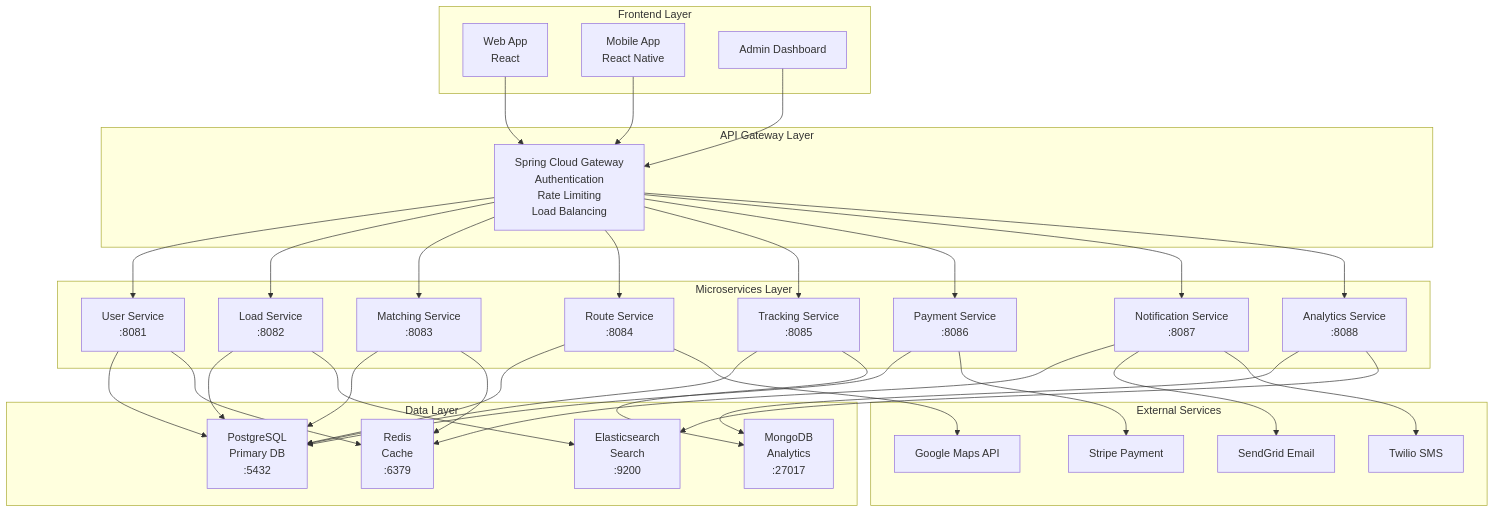
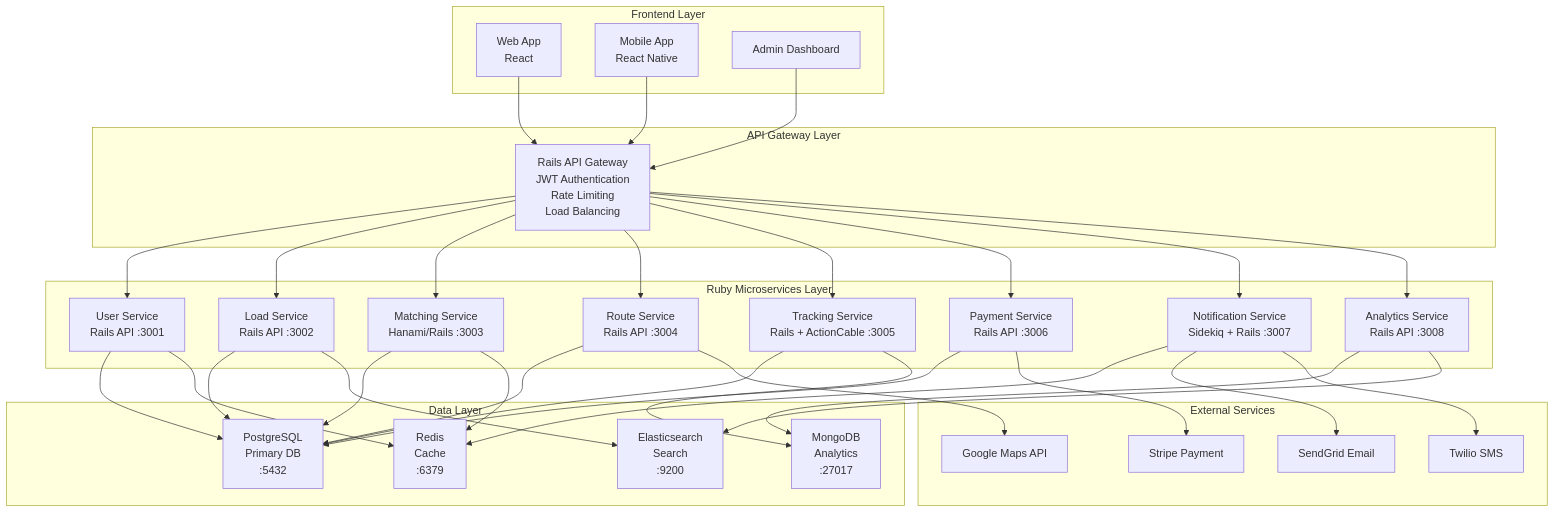
The fifth of 9 diagrams in UML_Design.md (John-Jepsen/digital-freight-matching), drawn with Mermaid before and after one commit. The commit also changed other lines of this file and 3 other files, not shown here.

First line of the commit message:
feat: Complete Ruby/Rails architecture overhaul

````diff
--- a/UML_Design.md
+++ b/UML_Design.md
@@ -431,68 +419,68 @@
 ```mermaid
 graph TB
     subgraph "Frontend Layer"
         WEB[Web App<br/>React]
         MOBILE[Mobile App<br/>React Native]
         ADMIN[Admin Dashboard]
     end
 
     subgraph "API Gateway Layer"
-        GATEWAY[Spring Cloud Gateway<br/>Authentication<br/>Rate Limiting<br/>Load Balancing]
+        GATEWAY[Rails API Gateway<br/>JWT Authentication<br/>Rate Limiting<br/>Load Balancing]
     end
 
-    subgraph "Microservices Layer"
-        USER[User Service<br/>:8081]
-        LOAD[Load Service<br/>:8082]
-        MATCH[Matching Service<br/>:8083]
-        ROUTE[Route Service<br/>:8084]
-        TRACK[Tracking Service<br/>:8085]
-        PAY[Payment Service<br/>:8086]
-        NOTIF[Notification Service<br/>:8087]
-        ANALYTICS[Analytics Service<br/>:8088]
+    subgraph "Ruby Microservices Layer"
+        USER[User Service<br/>Rails API :3001]
+        LOAD[Load Service<br/>Rails API :3002]
+        MATCH[Matching Service<br/>Hanami/Rails :3003]
+        ROUTE[Route Service<br/>Rails API :3004]
+        TRACK[Tracking Service<br/>Rails + ActionCable :3005]
+        PAY[Payment Service<br/>Rails API :3006]
+        NOTIF[Notification Service<br/>Sidekiq + Rails :3007]
+        ANALYTICS[Analytics Service<br/>Rails API :3008]
     end
 
     subgraph "Data Layer"
         POSTGRES[PostgreSQL<br/>Primary DB<br/>:5432]
         MONGO[MongoDB<br/>Analytics<br/>:27017]
         REDIS[Redis<br/>Cache<br/>:6379]
         ELASTIC[Elasticsearch<br/>Search<br/>:9200]
     end
 
     subgraph "External Services"
         MAPS[Google Maps API]
         STRIPE[Stripe Payment]
         EMAIL[SendGrid Email]
         SMS[Twilio SMS]
     end
 
     WEB --> GATEWAY
     MOBILE --> GATEWAY
     ADMIN --> GATEWAY
 
     GATEWAY --> USER
     GATEWAY --> LOAD
     GATEWAY --> MATCH
     GATEWAY --> ROUTE
     GATEWAY --> TRACK
     GATEWAY --> PAY
     GATEWAY --> NOTIF
     GATEWAY --> ANALYTICS
 
     USER --> POSTGRES
     USER --> REDIS
     LOAD --> POSTGRES
     LOAD --> ELASTIC
     MATCH --> POSTGRES
     MATCH --> REDIS
     ROUTE --> POSTGRES
     ROUTE --> MAPS
     TRACK --> POSTGRES
     TRACK --> MONGO
     PAY --> POSTGRES
     PAY --> STRIPE
     NOTIF --> REDIS
     NOTIF --> EMAIL
     NOTIF --> SMS
     ANALYTICS --> MONGO
     ANALYTICS --> ELASTIC
 ```
````
